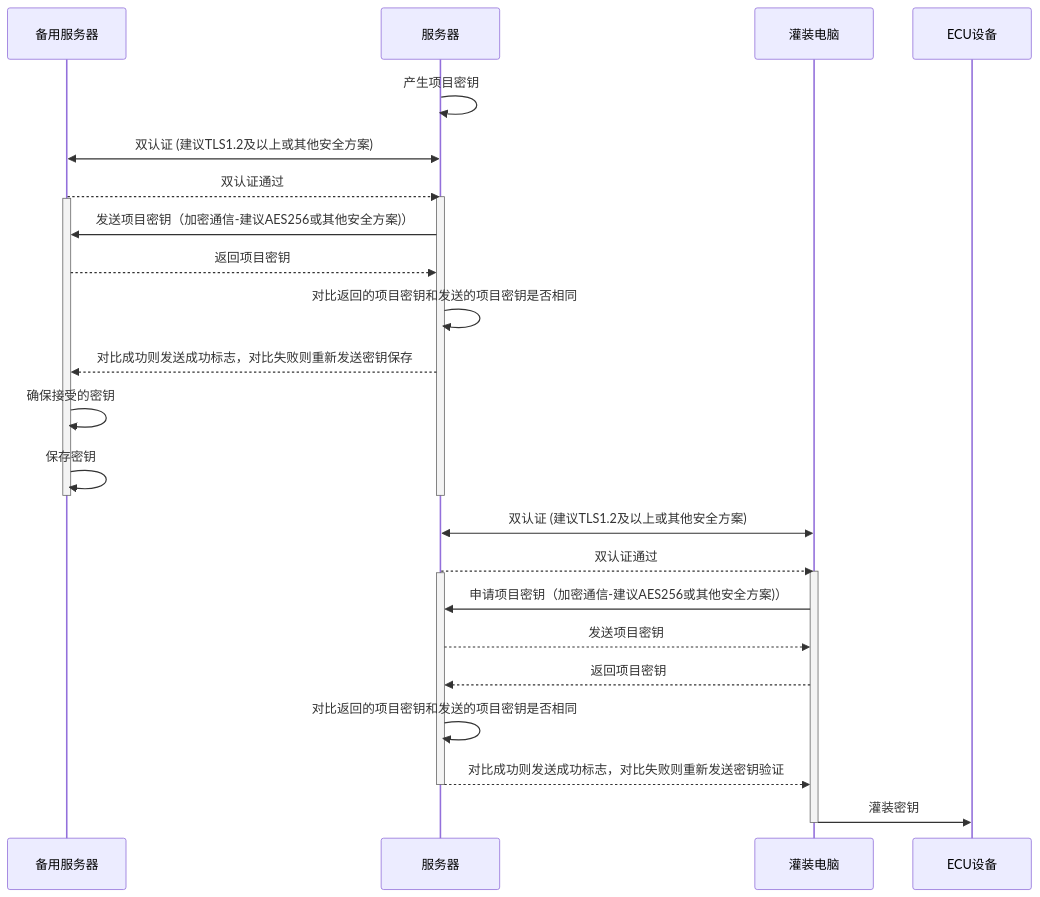
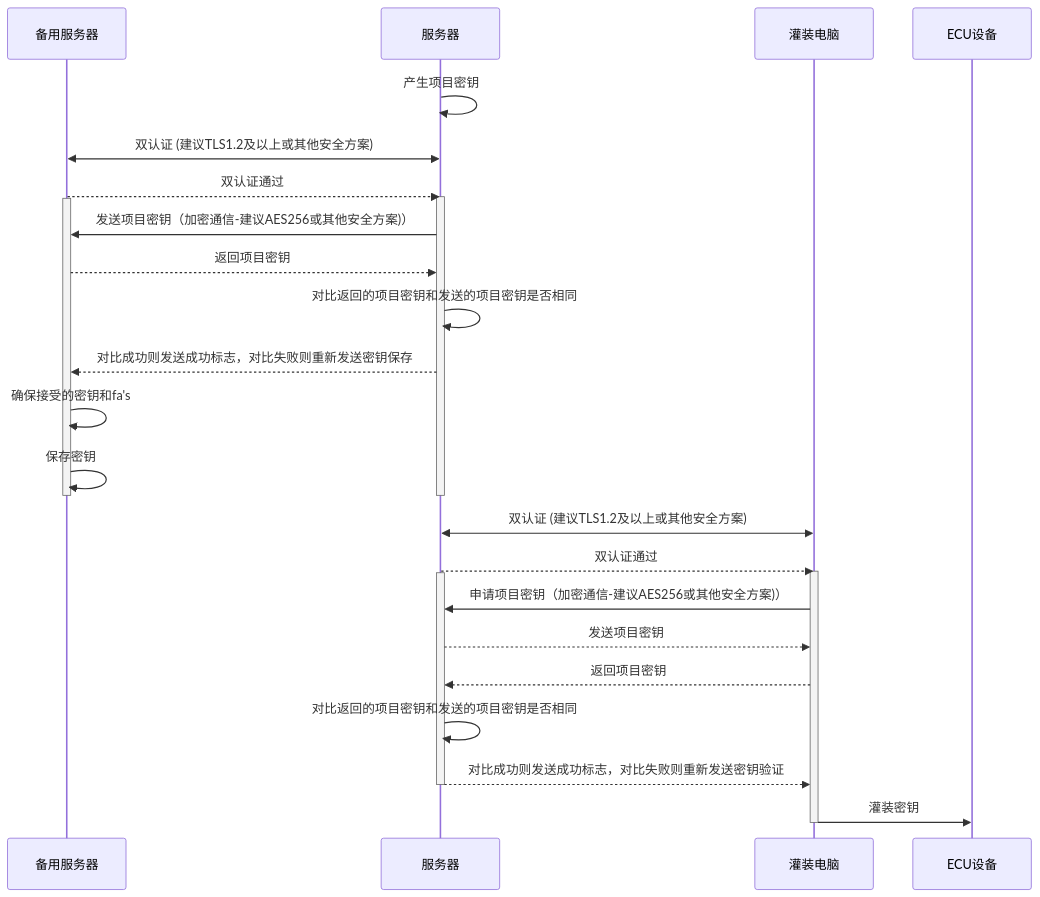
One commit to facebook-cloud/iodraw-files changed the diagram in all/未命名-10.md. Above: the diagram before and after it, drawn with Mermaid.

Commit message:
2026-01-23 13:41:28 update

````diff
--- a/all/未命名-10.md
+++ b/all/未命名-10.md
@@ -1,36 +1,36 @@
 ```mermaid
 sequenceDiagram
     participant B as 备用服务器
     participant A as 服务器
     participant C as 灌装电脑
     participant D as ECU设备
 
     A->>A: 产生项目密钥
     A<<->>B: 双认证 (建议TLS1.2及以上或其他安全方案)
     B-->>A: 双认证通过
     activate A
     activate B
     A->>B: 发送项目密钥（加密通信-建议AES256或其他安全方案)）
     B-->>A: 返回项目密钥
 
     A->>A: 对比返回的项目密钥和发送的项目密钥是否相同
     A-->>B: 对比成功则发送成功标志，对比失败则重新发送密钥保存
-    B->>B: 确保接受的密钥
+    B->>B: 确保接受的密钥和fa's
     B->>B: 保存密钥
     deactivate B
     deactivate A
 
     C<<->>A: 双认证 (建议TLS1.2及以上或其他安全方案)
     A-->>C: 双认证通过
     activate C
     activate A
     C->>A: 申请项目密钥（加密通信-建议AES256或其他安全方案)）
     A-->>C: 发送项目密钥
     C-->>A: 返回项目密钥
     A->>A: 对比返回的项目密钥和发送的项目密钥是否相同
     A-->>C: 对比成功则发送成功标志，对比失败则重新发送密钥验证
     deactivate A
     C->>D: 灌装密钥
     deactivate C
 
 ```
````
